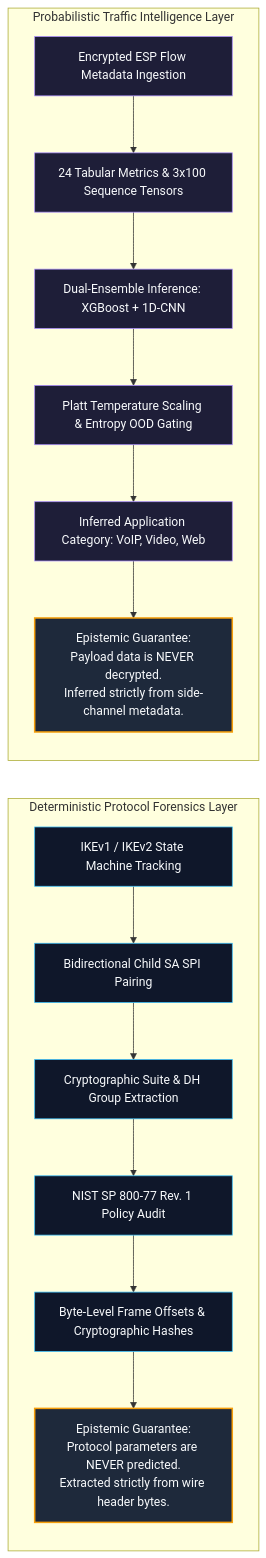
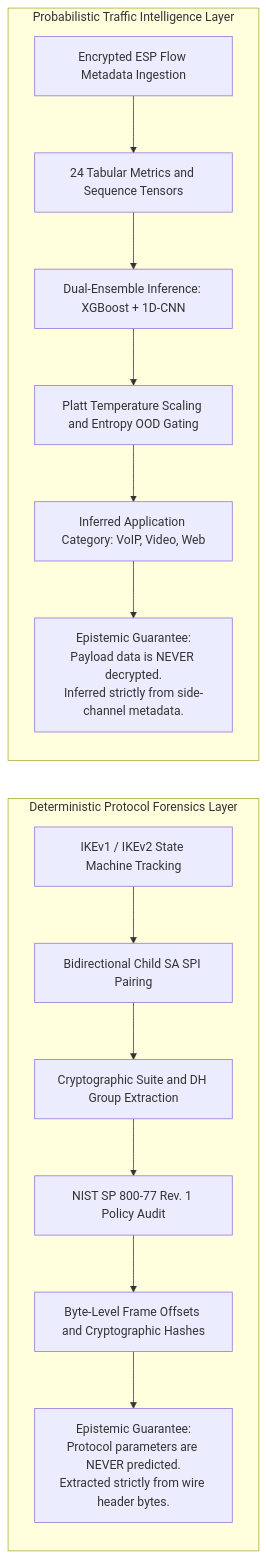
One commit to sharancode3/TunnelTrace-AI changed the fifth of 5 diagrams in README.md. Above: the diagram before and after it, drawn with Mermaid. The commit also changed other lines of this file, not shown here.

Commit message:
docs: standardize all README diagrams to clean uncolored monochrome Mermaid syntax matching system architecture reference

````diff
--- a/README.md
+++ b/README.md
@@ -294,36 +189,32 @@
 ```mermaid
 graph LR
-    classDef det fill:#0f172a,stroke:#38bdf8,stroke-width:1px,color:#f8fafc;
-    classDef prob fill:#1e1e38,stroke:#a78bfa,stroke-width:1px,color:#f8fafc;
-    classDef rule fill:#1e293b,stroke:#f59e0b,stroke-width:2px,color:#f8fafc;
-
-    subgraph Deterministic_Forensics [Deterministic Protocol Forensics Layer]
-        D1[IKEv1 / IKEv2 State Machine Tracking]:::det
-        D2[Bidirectional Child SA SPI Pairing]:::det
-        D3[Cryptographic Suite & DH Group Extraction]:::det
-        D4[NIST SP 800-77 Rev. 1 Policy Audit]:::det
-        D5[Byte-Level Frame Offsets & Cryptographic Hashes]:::det
-        DRULE[Epistemic Guarantee:<br/>Protocol parameters are NEVER predicted.<br/>Extracted strictly from wire header bytes.]:::rule
+    subgraph Deterministic_Forensics ["Deterministic Protocol Forensics Layer"]
+        D1["IKEv1 / IKEv2 State Machine Tracking"]
+        D2["Bidirectional Child SA SPI Pairing"]
+        D3["Cryptographic Suite and DH Group Extraction"]
+        D4["NIST SP 800-77 Rev. 1 Policy Audit"]
+        D5["Byte-Level Frame Offsets and Cryptographic Hashes"]
+        DRULE["Epistemic Guarantee:<br/>Protocol parameters are NEVER predicted.<br/>Extracted strictly from wire header bytes."]
 
         D1 --> D2
         D2 --> D3
         D3 --> D4
         D4 --> D5
         D5 --> DRULE
     end
 
-    subgraph Probabilistic_ML [Probabilistic Traffic Intelligence Layer]
-        P1[Encrypted ESP Flow Metadata Ingestion]:::prob
-        P2[24 Tabular Metrics & 3x100 Sequence Tensors]:::prob
-        P3[Dual-Ensemble Inference: XGBoost + 1D-CNN]:::prob
-        P4[Platt Temperature Scaling & Entropy OOD Gating]:::prob
-        P5[Inferred Application Category: VoIP, Video, Web]:::prob
-        PRULE[Epistemic Guarantee:<br/>Payload data is NEVER decrypted.<br/>Inferred strictly from side-channel metadata.]:::rule
+    subgraph Probabilistic_ML ["Probabilistic Traffic Intelligence Layer"]
+        P1["Encrypted ESP Flow Metadata Ingestion"]
+        P2["24 Tabular Metrics and Sequence Tensors"]
+        P3["Dual-Ensemble Inference: XGBoost + 1D-CNN"]
+        P4["Platt Temperature Scaling and Entropy OOD Gating"]
+        P5["Inferred Application Category: VoIP, Video, Web"]
+        PRULE["Epistemic Guarantee:<br/>Payload data is NEVER decrypted.<br/>Inferred strictly from side-channel metadata."]
 
         P1 --> P2
         P2 --> P3
         P3 --> P4
         P4 --> P5
         P5 --> PRULE
     end
 ```
````
